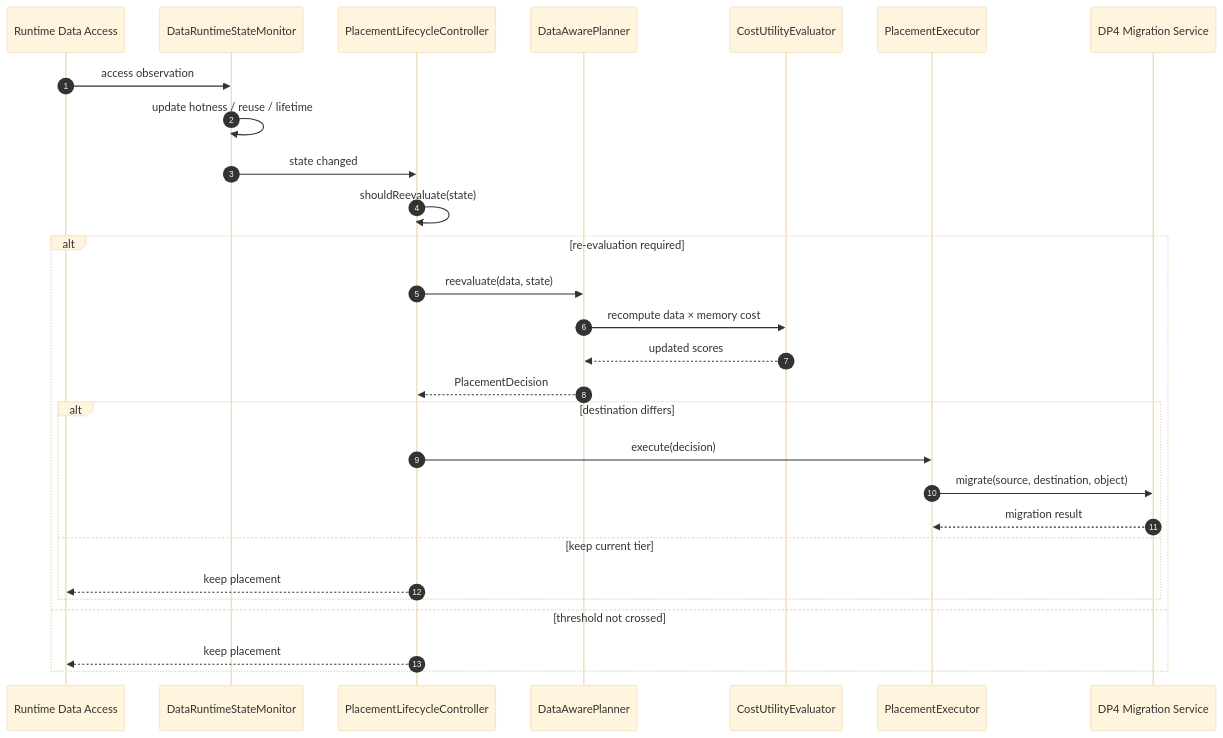
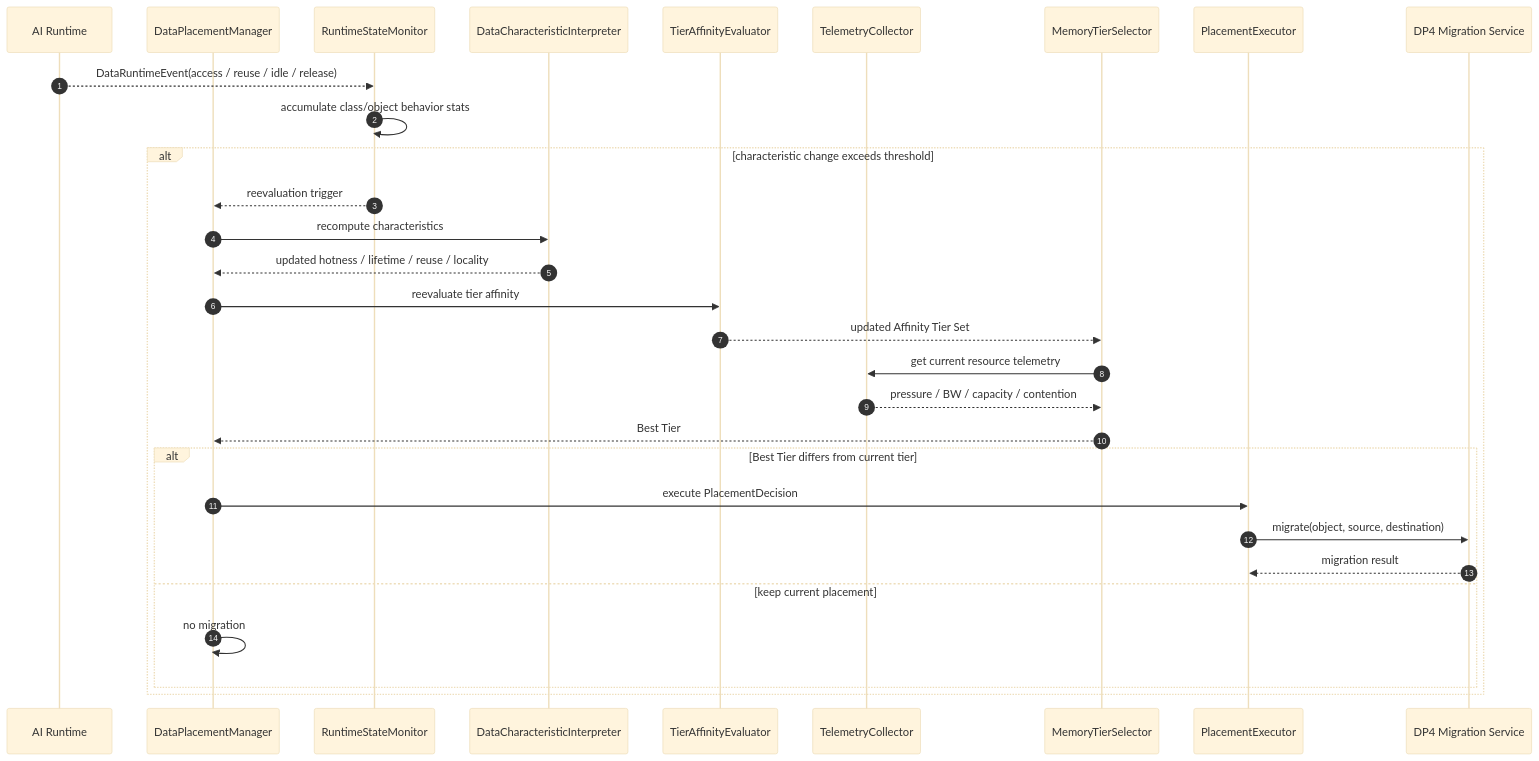
The ninth of 11 diagrams in doc-architect/dp1-data-placement-uml-rendered.md (mkim0628/vllm), drawn with Mermaid (base theme) before and after one commit. The commit also changed other lines of this file, not shown here.

Commit message:
Update DP1 UML for Resource State Monitor and data-centric classifier/runtime monitor flow

````diff
--- a/doc-architect/dp1-data-placement-uml-rendered.md
+++ b/doc-architect/dp1-data-placement-uml-rendered.md
@@ -565,33 +595,37 @@
 ```mermaid
 sequenceDiagram
     autonumber
-    participant DATA as Runtime Data Access
-    participant DSM as DataRuntimeStateMonitor
-    participant PLC as PlacementLifecycleController
-    participant DPP as DataAwarePlanner
-    participant CE as CostUtilityEvaluator
+    participant RT as AI Runtime
+    participant DPM as DataPlacementManager
+    participant RSM as RuntimeStateMonitor
+    participant DCI as DataCharacteristicInterpreter
+    participant MAE as TierAffinityEvaluator
+    participant TC as TelemetryCollector
+    participant MTS as MemoryTierSelector
     participant EX as PlacementExecutor
     participant DP4 as DP4 Migration Service
 
-    DATA->>DSM: access observation
-    DSM->>DSM: update hotness / reuse / lifetime
-    DSM->>PLC: state changed
-    PLC->>PLC: shouldReevaluate(state)
+    RT-->>RSM: DataRuntimeEvent(access / reuse / idle / release)
+    RSM->>RSM: accumulate class/object behavior stats
 
-    alt re-evaluation required
-        PLC->>DPP: reevaluate(data, state)
-        DPP->>CE: recompute data × memory cost
-        CE-->>DPP: updated scores
-        DPP-->>PLC: PlacementDecision
+    alt characteristic change exceeds threshold
+        RSM-->>DPM: reevaluation trigger
+        DPM->>DCI: recompute characteristics
+        DCI-->>DPM: updated hotness / lifetime / reuse / locality
 
-        alt destination differs
-            PLC->>EX: execute(decision)
-            EX->>DP4: migrate(source, destination, object)
+        DPM->>MAE: reevaluate tier affinity
+        MAE-->>MTS: updated Affinity Tier Set
+
+        MTS->>TC: get current resource telemetry
+        TC-->>MTS: pressure / BW / capacity / contention
+        MTS-->>DPM: Best Tier
+
+        alt Best Tier differs from current tier
+            DPM->>EX: execute PlacementDecision
+            EX->>DP4: migrate(object, source, destination)
             DP4-->>EX: migration result
-        else keep current tier
-            PLC-->>DATA: keep placement
+        else keep current placement
+            DPM->>DPM: no migration
         end
-    else threshold not crossed
-        PLC-->>DATA: keep placement
     end
 ```
````
